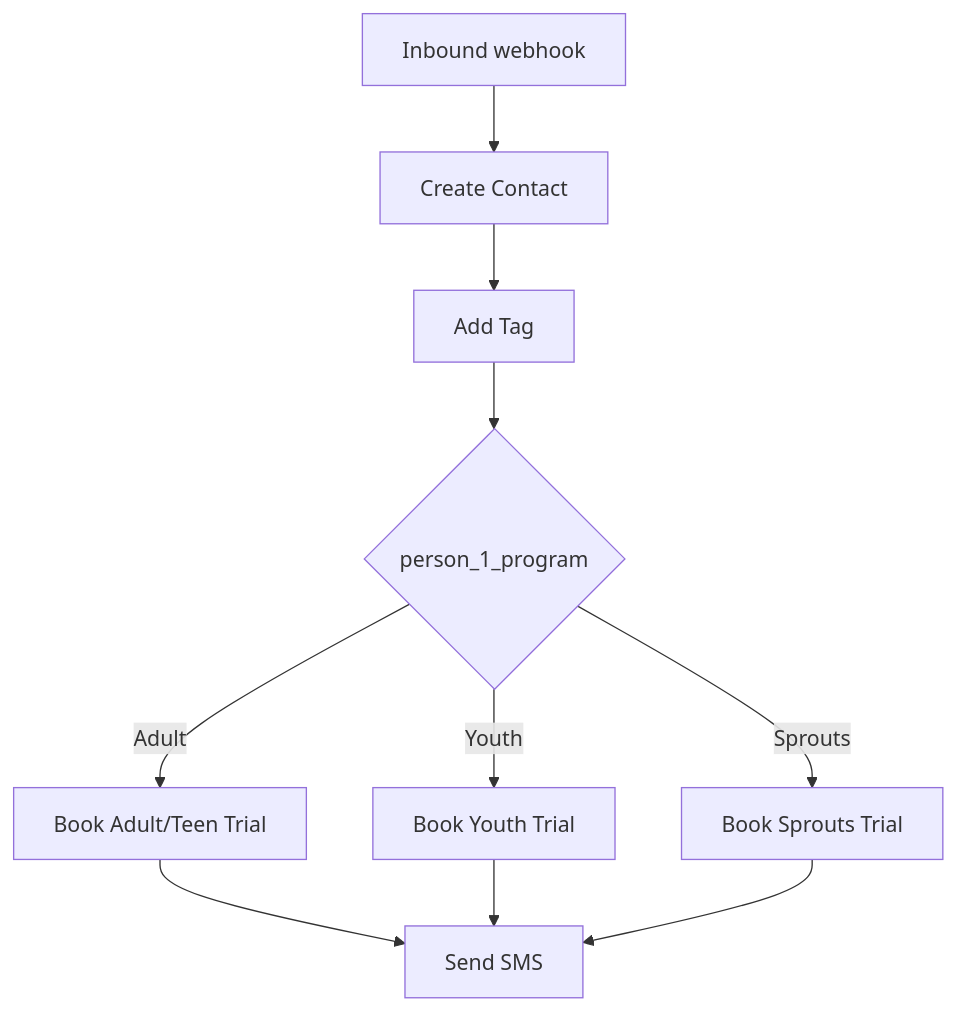
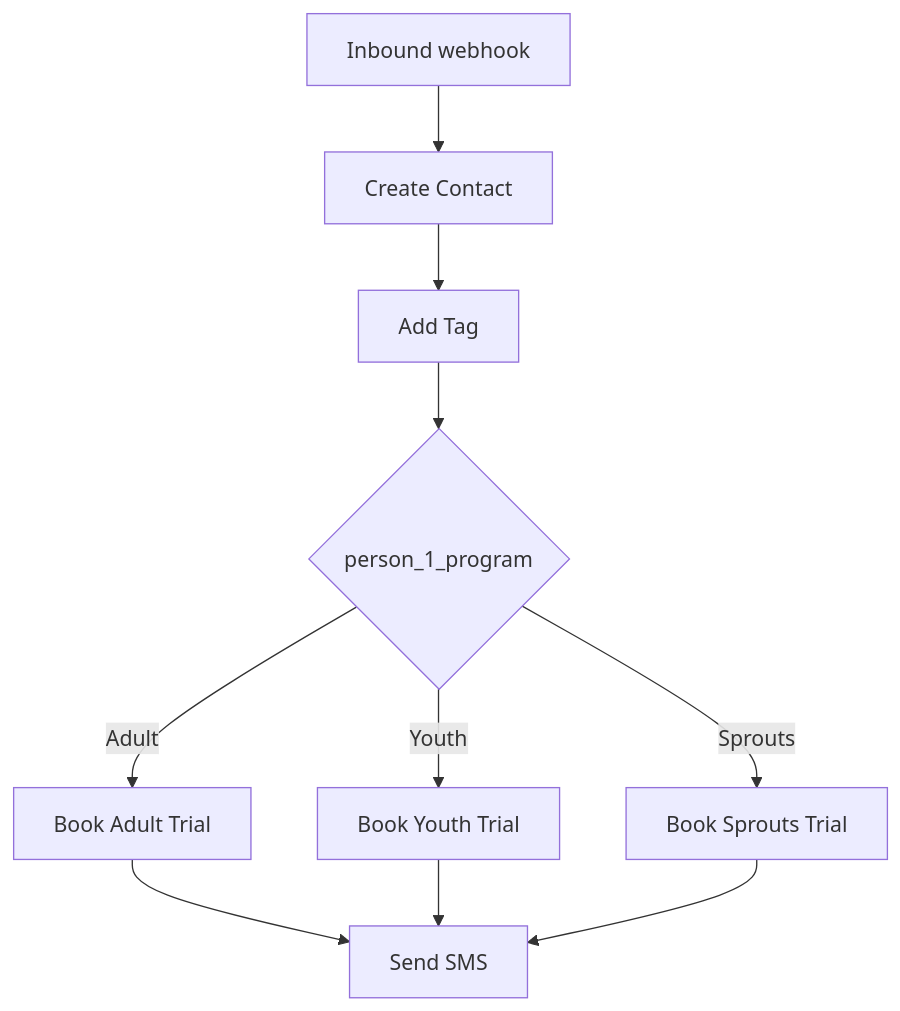
Before and after one commit to Kron00/liveoakjiujitsu: the seventh of 21 diagrams in agent/signup-single-student-diagram.md, drawn with Mermaid. The commit also changed other lines of this file and 9 other files, not shown here.

````diff
--- a/agent/signup-single-student-diagram.md
+++ b/agent/signup-single-student-diagram.md
@@ -275,14 +275,14 @@
 ```mermaid
 flowchart TD
     A[Inbound webhook] --> B[Create Contact]
     B --> C[Add Tag]
     C --> D{person_1_program}
 
-    D -->|Adult| E[Book Adult/Teen Trial]
+    D -->|Adult| E[Book Adult Trial]
     D -->|Youth| F[Book Youth Trial]
     D -->|Sprouts| G[Book Sprouts Trial]
 
     E --> H[Send SMS]
     F --> H
     G --> H
 ```
````
